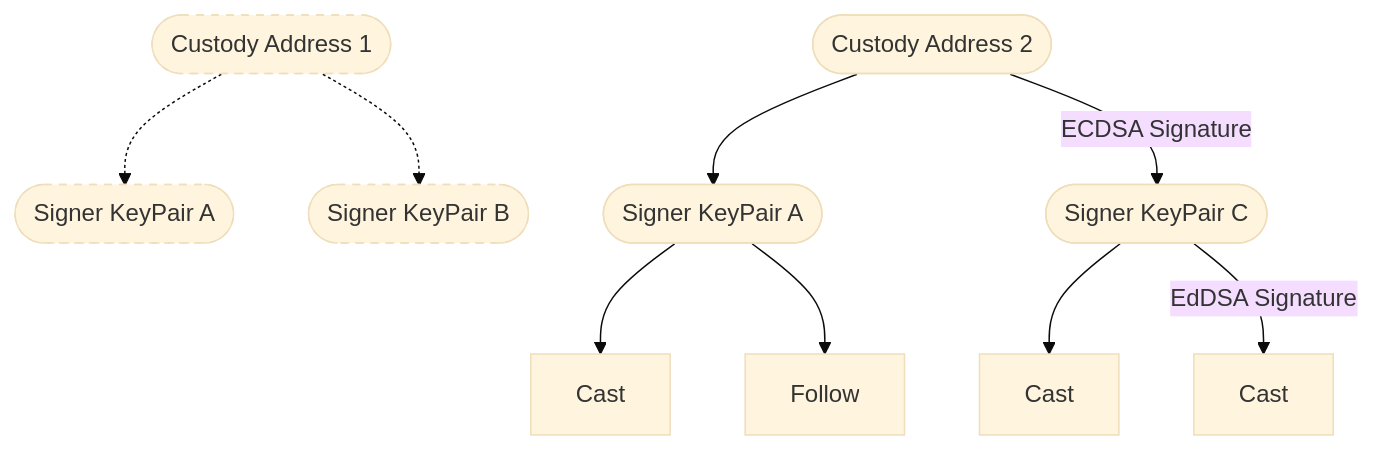
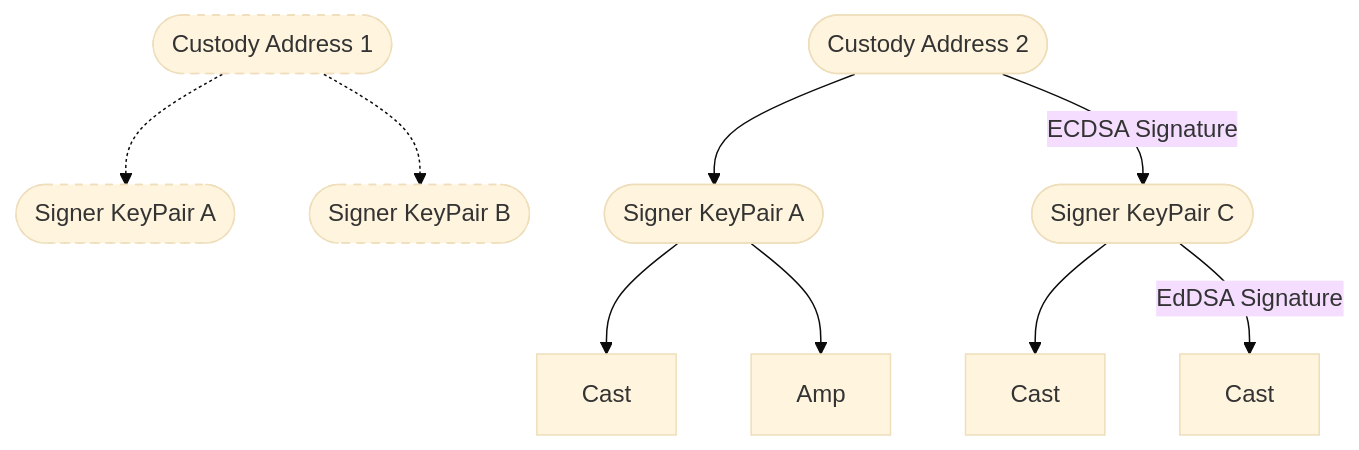
Before and after one commit to farcasterxyz/protocol: the sixth of 7 diagrams in README.md, drawn with Mermaid (base theme). The commit also changed other lines of this file, not shown here.

Commit message:
docs: replace follow with amps

````diff
--- a/README.md
+++ b/README.md
@@ -428,15 +428,15 @@
 ```mermaid
 graph TD
     Custody1([Custody Address 1]) -.-> SignerA([Signer KeyPair A])
     Custody1 -.->  SignerB([Signer KeyPair B])
     style Custody1 stroke-dasharray: 5 5
     style SignerA stroke-dasharray: 5 5
     style SignerB stroke-dasharray: 5 5
 
     Custody2([Custody Address 2]) --> SignerA1([Signer KeyPair A])
     Custody2 -->  |ECDSA Signature|SignerC([Signer KeyPair C])
     SignerC -->  CastA[Cast]
     SignerC -->  |EdDSA Signature| CastB[Cast]
     SignerA1 -->  CastC[Cast]
-    SignerA1 -->  CastD[Follow]
+    SignerA1 -->  CastD[Amp]
 ```
````
